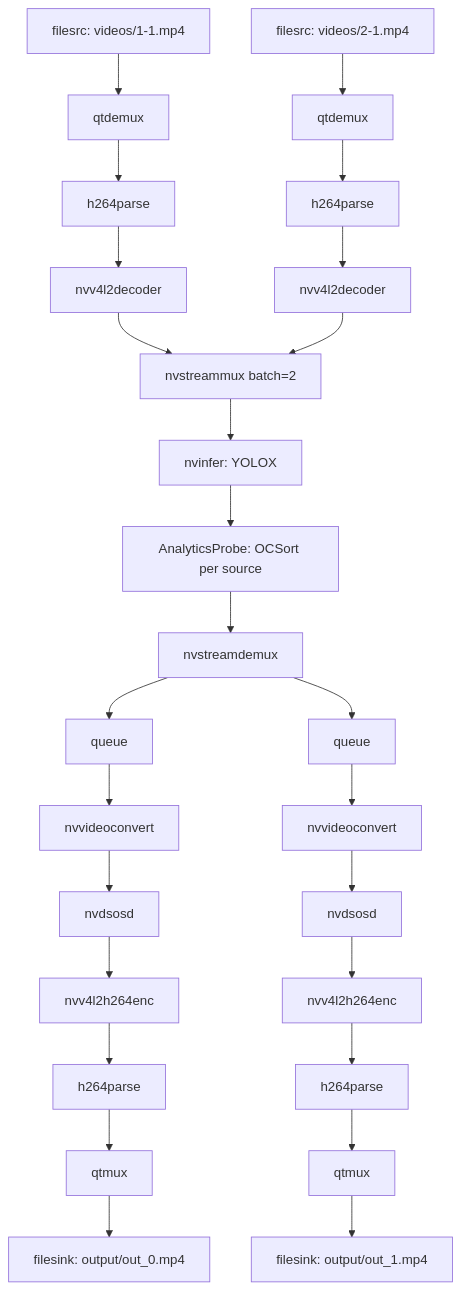
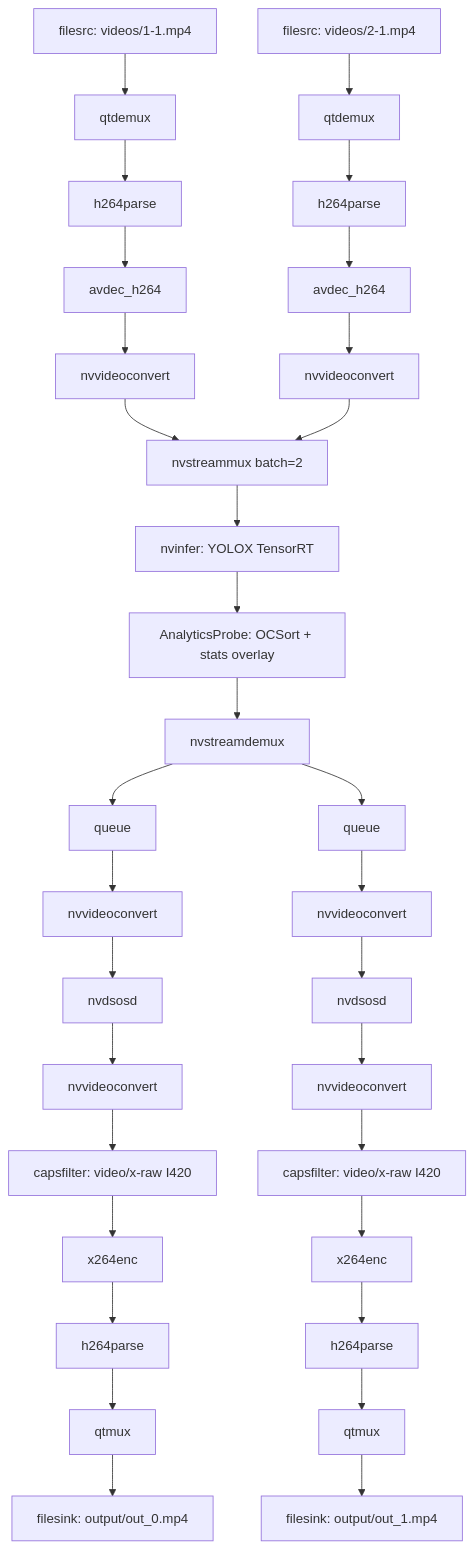
Before and after one commit to hoangphihung2004/IMP_Multi_Object_Tracking_across_Cameras: the diagram in ai_core/services/pipeline/Pipeline_README.md, drawn with Mermaid. The commit also changed other lines of this file and 17 other files, not shown here.

````diff
--- a/ai_core/services/pipeline/Pipeline_README.md
+++ b/ai_core/services/pipeline/Pipeline_README.md
@@ -18,32 +21,38 @@
 ```mermaid
 graph TD
     Src0[filesrc: videos/1-1.mp4] --> Demux0[qtdemux]
     Demux0 --> Parse0[h264parse]
-    Parse0 --> Dec0[nvv4l2decoder]
+    Parse0 --> Dec0[avdec_h264]
+    Dec0 --> DecodeConv0[nvvideoconvert]
 
     Src1[filesrc: videos/2-1.mp4] --> Demux1[qtdemux]
     Demux1 --> Parse1[h264parse]
-    Parse1 --> Dec1[nvv4l2decoder]
+    Parse1 --> Dec1[avdec_h264]
+    Dec1 --> DecodeConv1[nvvideoconvert]
 
-    Dec0 --> Mux[nvstreammux batch=2]
-    Dec1 --> Mux
-    Mux --> Infer[nvinfer: YOLOX]
-    Infer --> Probe[AnalyticsProbe: OCSort per source]
+    DecodeConv0 --> Mux[nvstreammux batch=2]
+    DecodeConv1 --> Mux
+    Mux --> Infer[nvinfer: YOLOX TensorRT]
+    Infer --> Probe[AnalyticsProbe: OCSort + stats overlay]
     Probe --> StreamDemux[nvstreamdemux]
 
     StreamDemux --> Q0[queue]
     Q0 --> Conv0[nvvideoconvert]
     Conv0 --> OSD0[nvdsosd]
-    OSD0 --> Enc0[nvv4l2h264enc]
+    OSD0 --> PostConv0[nvvideoconvert]
+    PostConv0 --> Caps0[capsfilter: video/x-raw I420]
+    Caps0 --> Enc0[x264enc]
     Enc0 --> OutParse0[h264parse]
     OutParse0 --> Mux0[qtmux]
     Mux0 --> Sink0[filesink: output/out_0.mp4]
 
     StreamDemux --> Q1[queue]
     Q1 --> Conv1[nvvideoconvert]
     Conv1 --> OSD1[nvdsosd]
-    OSD1 --> Enc1[nvv4l2h264enc]
+    OSD1 --> PostConv1[nvvideoconvert]
+    PostConv1 --> Caps1[capsfilter: video/x-raw I420]
+    Caps1 --> Enc1[x264enc]
     Enc1 --> OutParse1[h264parse]
     OutParse1 --> Mux1[qtmux]
     Mux1 --> Sink1[filesink: output/out_1.mp4]
 ```
````
